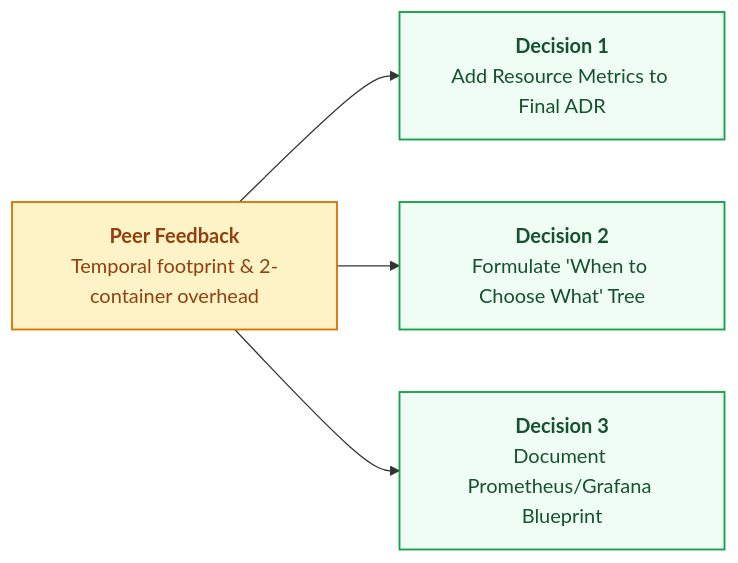
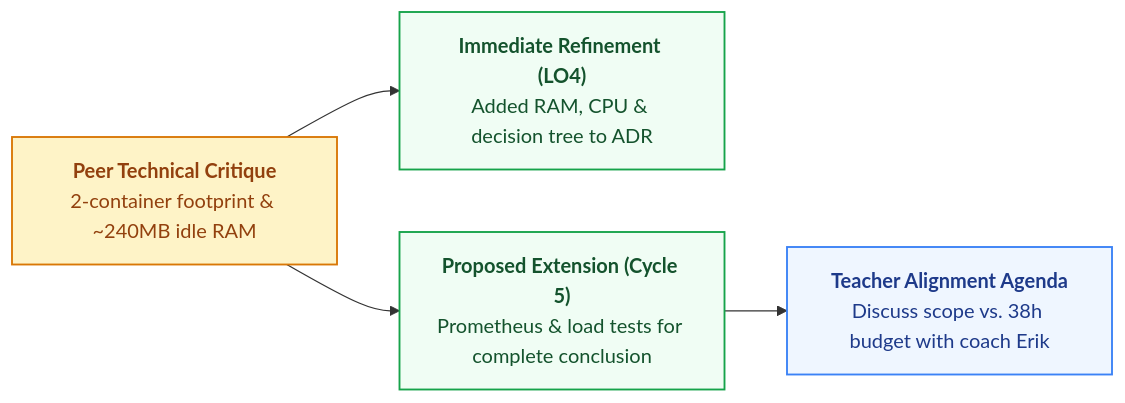
The diagram in docs/evidences/lo5/peer-knowledge-sharing/lo5-peer-feedback-and-reflection.md (eucaliptuskoala/layover), drawn with Mermaid before and after one commit. The commit also changed other lines of this file and 4 other files, not shown here.

````diff
--- a/docs/evidences/lo5/peer-knowledge-sharing/lo5-peer-feedback-and-reflection.md
+++ b/docs/evidences/lo5/peer-knowledge-sharing/lo5-peer-feedback-and-reflection.md
@@ -108,12 +38,14 @@
 ```mermaid
 flowchart LR
-    Feedback["<b>Peer Feedback</b><br/>Temporal footprint & 2-container overhead"] --> Decision1["<b>Decision 1</b><br/>Add Resource Metrics to Final ADR"]
-    Feedback --> Decision2["<b>Decision 2</b><br/>Formulate 'When to Choose What' Tree"]
-    Feedback --> Decision3["<b>Decision 3</b><br/>Document Prometheus/Grafana Blueprint"]
+    Feedback["<b>Peer Technical Critique</b><br/>2-container footprint & ~240MB idle RAM"] --> Action1["<b>Immediate Refinement (LO4)</b><br/>Added RAM, CPU & decision tree to ADR"]
+    Feedback --> Action2["<b>Proposed Extension (Cycle 5)</b><br/>Prometheus & load tests for complete conclusion"]
+    Action2 --> Action3["<b>Teacher Alignment Agenda</b><br/>Discuss scope vs. 38h budget with coach Erik"]
 
     classDef fbNode fill:#fef3c7,stroke:#d97706,stroke-width:1.5px,color:#92400e;
-    classDef decNode fill:#f0fdf4,stroke:#16a34a,stroke-width:1.5px,color:#14532d;
+    classDef actNode fill:#f0fdf4,stroke:#16a34a,stroke-width:1.5px,color:#14532d;
+    classDef decNode fill:#eff6ff,stroke:#3b82f6,stroke-width:1.5px,color:#1e3a8a;
 
     class Feedback fbNode;
-    class Decision1,Decision2,Decision3 decNode;
+    class Action1,Action2 actNode;
+    class Action3 decNode;
 ```
````
